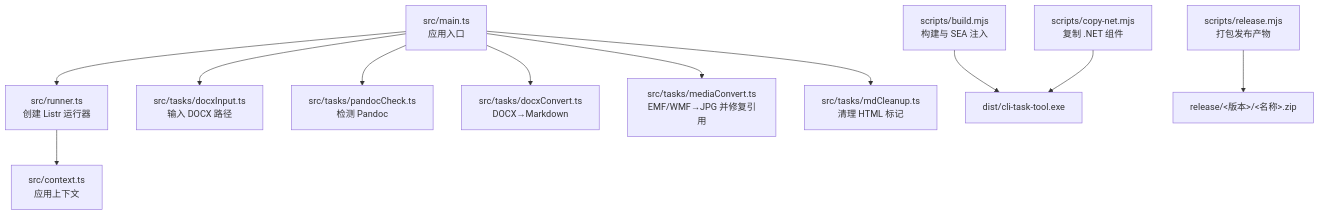
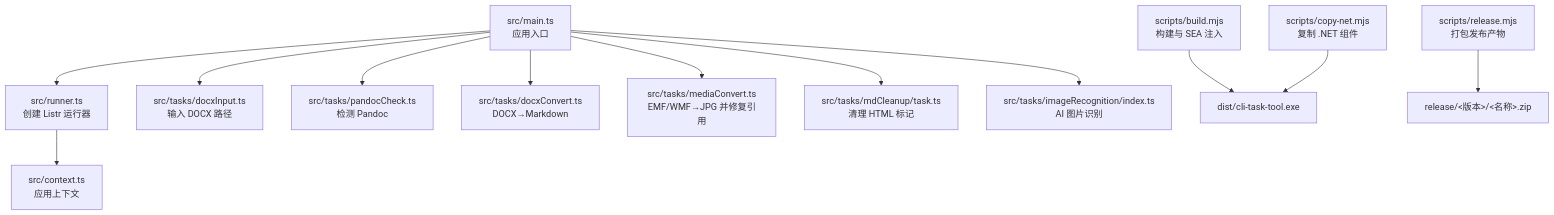
One commit to hllshiro/doc2md-cli changed the first of 3 diagrams in .qoder/repowiki/zh/content/开发者指南.md. Above: the diagram before and after it, drawn with Mermaid. The commit also changed other lines of this file and 13 other files, not shown here.

````diff
--- a/.qoder/repowiki/zh/content/开发者指南.md
+++ b/.qoder/repowiki/zh/content/开发者指南.md
@@ -46,13 +51,14 @@
 ```mermaid
 graph TB
 A["src/main.ts<br/>应用入口"] --> B["src/runner.ts<br/>创建 Listr 运行器"]
 B --> C["src/context.ts<br/>应用上下文"]
 A --> T1["src/tasks/docxInput.ts<br/>输入 DOCX 路径"]
 A --> T2["src/tasks/pandocCheck.ts<br/>检测 Pandoc"]
 A --> T3["src/tasks/docxConvert.ts<br/>DOCX→Markdown"]
 A --> T4["src/tasks/mediaConvert.ts<br/>EMF/WMF→JPG 并修复引用"]
-A --> T5["src/tasks/mdCleanup.ts<br/>清理 HTML 标记"]
+A --> T5["src/tasks/mdCleanup/task.ts<br/>清理 HTML 标记"]
+A --> T6["src/tasks/imageRecognition/index.ts<br/>AI 图片识别"]
 S1["scripts/build.mjs<br/>构建与 SEA 注入"] --> E["dist/cli-task-tool.exe"]
 S2["scripts/copy-net.mjs<br/>复制 .NET 组件"] --> E
 S3["scripts/release.mjs<br/>打包发布产物"] --> R["release/<版本>/<名称>.zip"]
 ```
````
